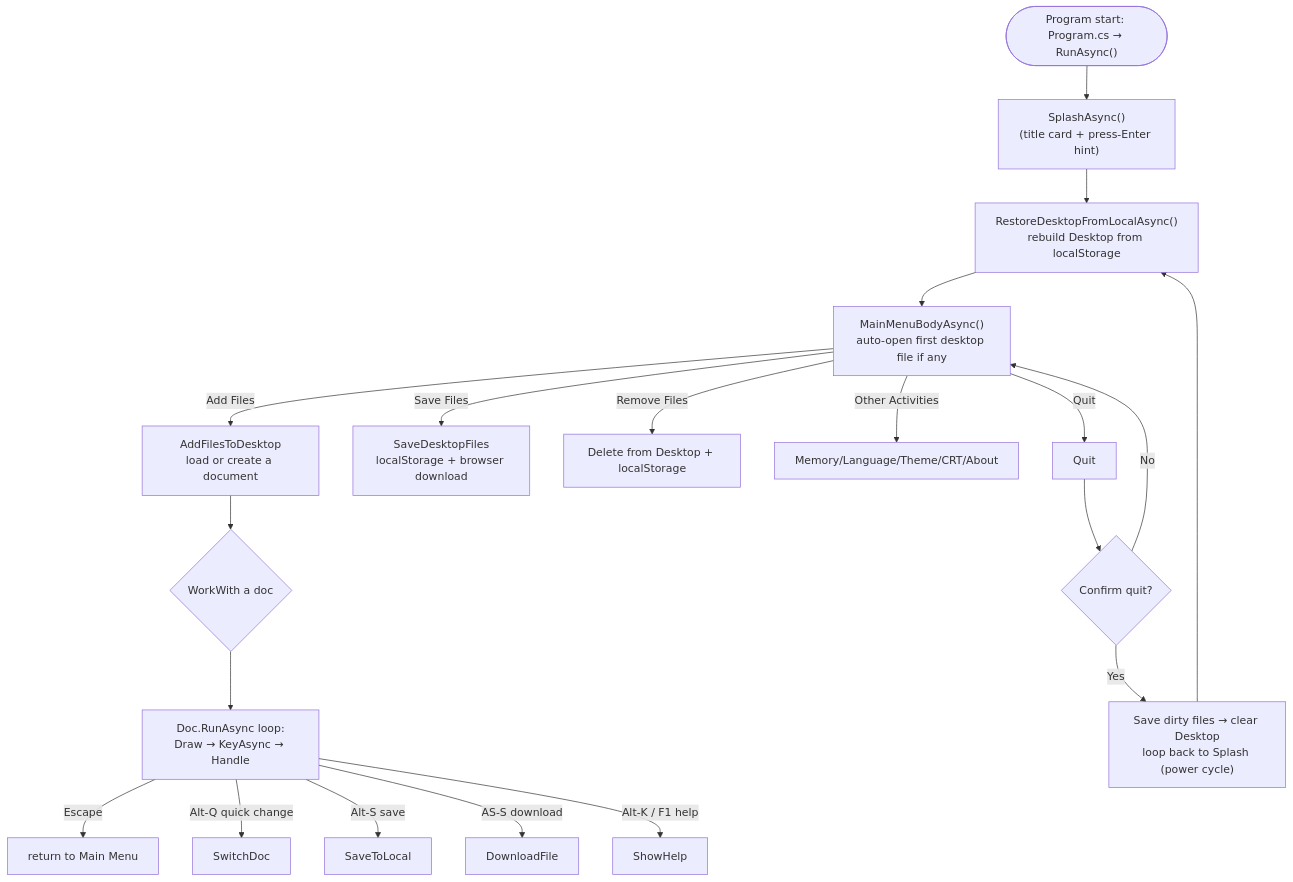
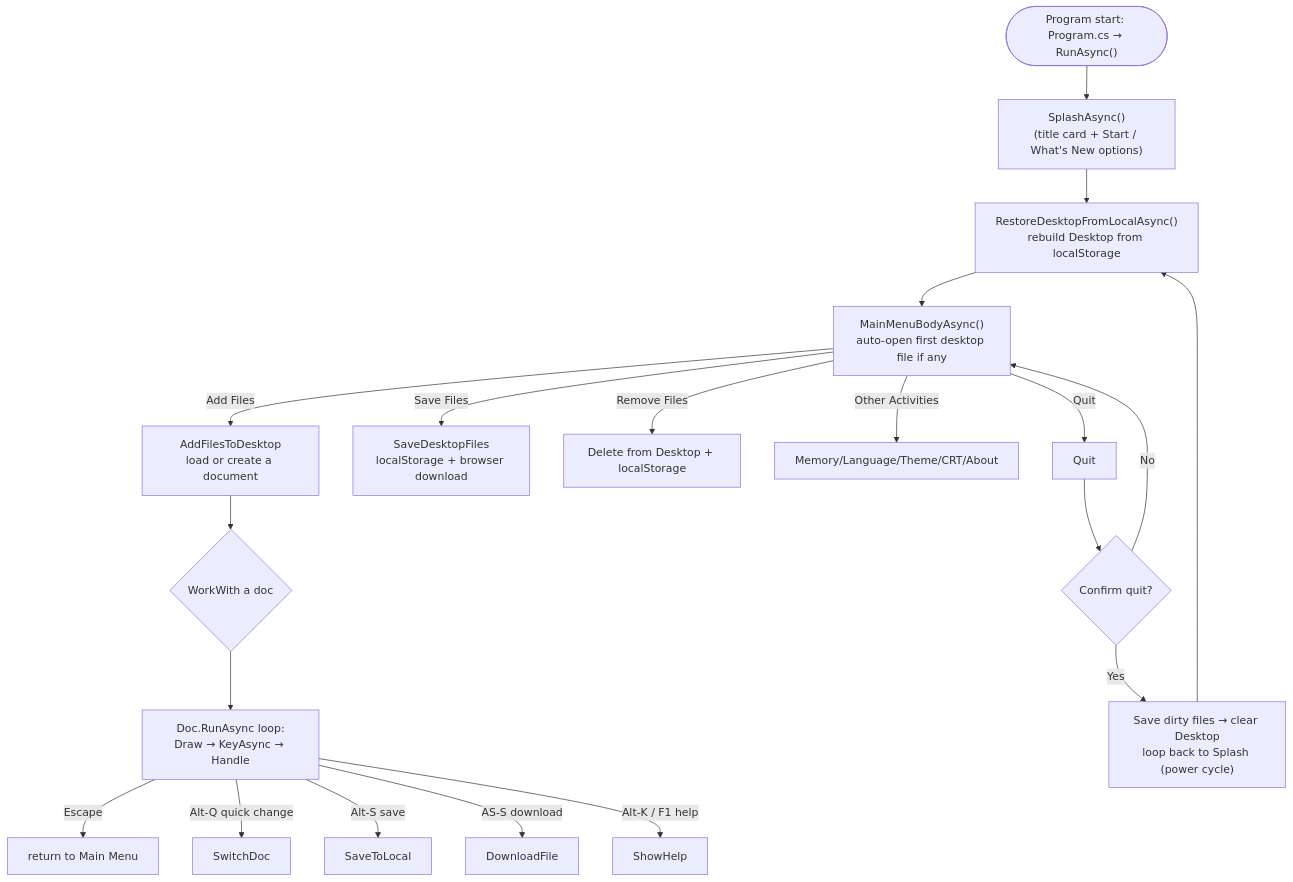
The fourth of 5 diagrams in Architecture.md (AuriR/RetroworksBlazor), drawn with Mermaid before and after one commit. The commit also changed other lines of this file, not shown here.

````diff
--- a/Architecture.md
+++ b/Architecture.md
@@ -225,25 +248,25 @@
 ```mermaid
 flowchart TD
-    Start(["Program start: Program.cs → RunAsync()"]) --> Splash["SplashAsync()<br/>(title card + press-Enter hint)"]
+    Start(["Program start: Program.cs → RunAsync()"]) --> Splash["SplashAsync()<br/>(title card + Start / What's New options)"]
     Splash --> Restore["RestoreDesktopFromLocalAsync()<br/>rebuild Desktop from localStorage"]
     Restore --> MainMenu["MainMenuBodyAsync()<br/>auto-open first desktop file if any"]
 
     MainMenu -->|Add Files| AddFiles["AddFilesToDesktop<br/>load or create a document"]
     AddFiles --> WorkDoc{"WorkWith a doc"}
     WorkDoc --> DocLoop["Doc.RunAsync loop:<br/>Draw → KeyAsync → Handle"]
     DocLoop -->|Escape| BackToMenu["return to Main Menu"]
     DocLoop -->|Alt-Q quick change| SwitchDoc
     DocLoop -->|Alt-S save| SaveToLocal
     DocLoop -->|AS-S download| DownloadFile
     DocLoop -->|Alt-K / F1 help| ShowHelp
 
     MainMenu -->|Save Files| SaveAll["SaveDesktopFiles<br/>localStorage + browser download"]
     MainMenu -->|Remove Files| RemoveDoc["Delete from Desktop + localStorage"]
     MainMenu -->|Other Activities| OtherActivities["Memory/Language/Theme/CRT/About"]
     MainMenu -->|Quit| Quit
 
     Quit --> Confirm{"Confirm quit?"}
     Confirm -->|Yes| PowerOff["Save dirty files → clear Desktop<br/>loop back to Splash (power cycle)"]
     Confirm -->|No| MainMenu
     PowerOff --> Restore
 ```
````
